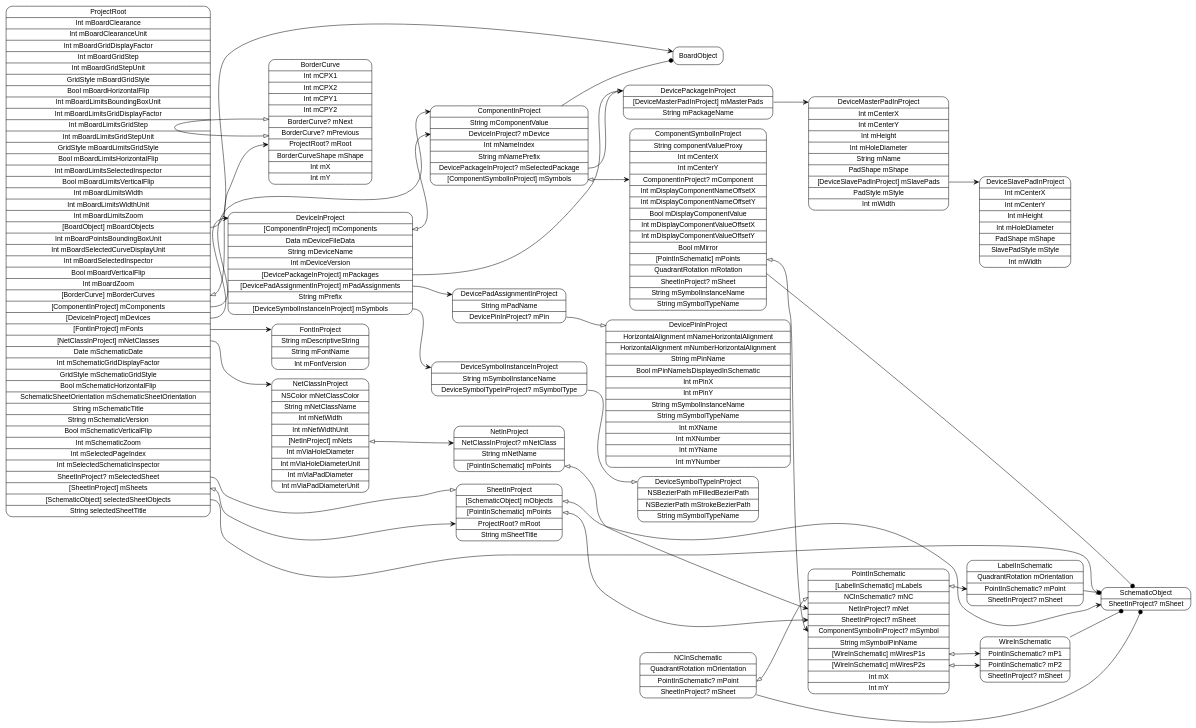
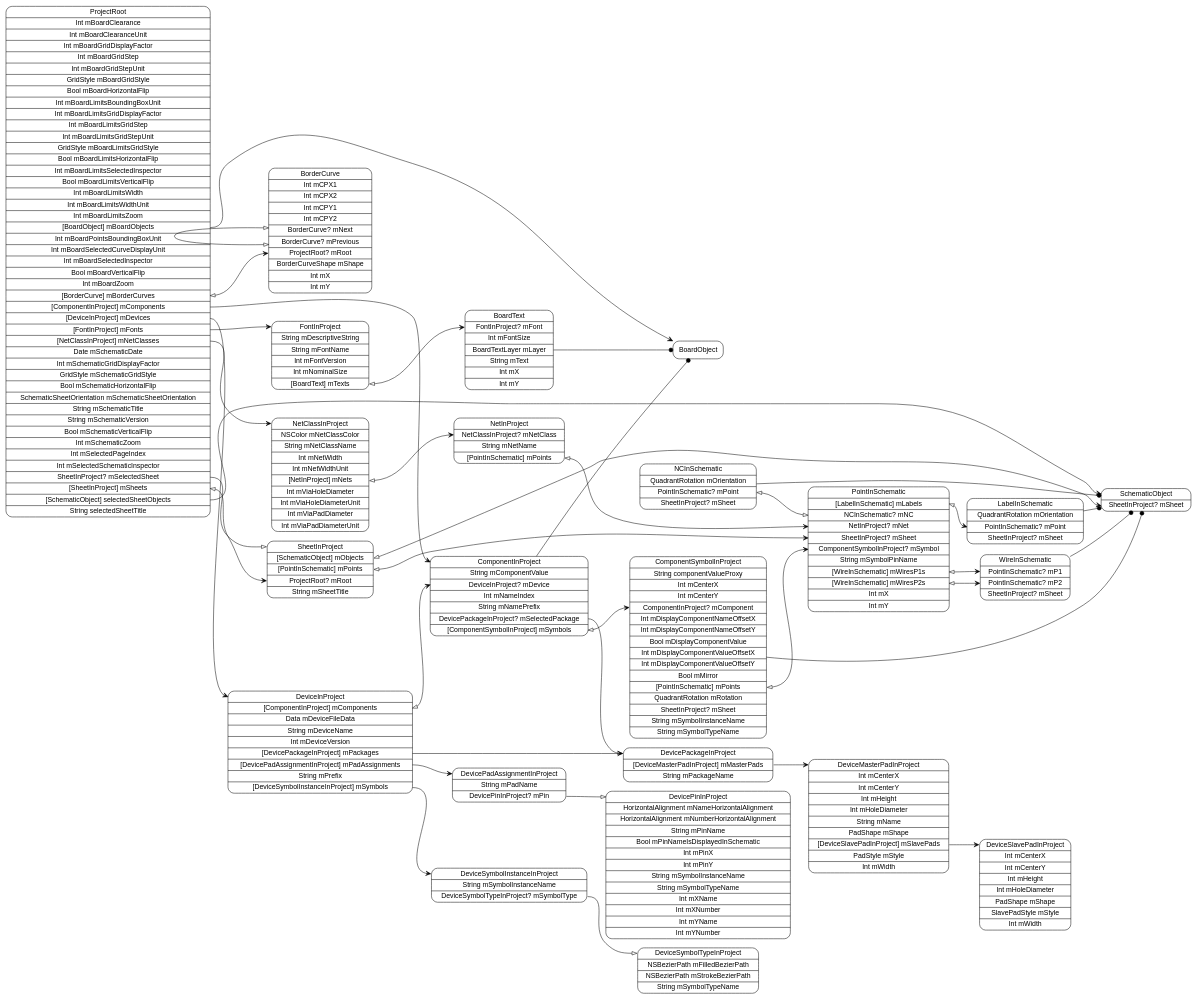
One commit to pierremolinaro/ElCanari-dev changed the diagram in models/ProjectRoot.dot. Above: the diagram before and after it, drawn with Graphviz. The commit also changed 37 other files, not shown here.

Commit message:
Début board text

```diff
--- a/models/ProjectRoot.dot
+++ b/models/ProjectRoot.dot
@@ -1,60 +1,63 @@
 digraph G {
   rankdir=LR ;
   node [shape=record fontname=helvetica style=rounded] ;
   ProjectRoot[label="<ProjectRoot>ProjectRoot|Int mBoardClearance|Int mBoardClearanceUnit|Int mBoardGridDisplayFactor|Int mBoardGridStep|Int mBoardGridStepUnit|GridStyle mBoardGridStyle|Bool mBoardHorizontalFlip|Int mBoardLimitsBoundingBoxUnit|Int mBoardLimitsGridDisplayFactor|Int mBoardLimitsGridStep|Int mBoardLimitsGridStepUnit|GridStyle mBoardLimitsGridStyle|Bool mBoardLimitsHorizontalFlip|Int mBoardLimitsSelectedInspector|Bool mBoardLimitsVerticalFlip|Int mBoardLimitsWidth|Int mBoardLimitsWidthUnit|Int mBoardLimitsZoom|<mBoardObjects>[BoardObject] mBoardObjects|Int mBoardPointsBoundingBoxUnit|Int mBoardSelectedCurveDisplayUnit|Int mBoardSelectedInspector|Bool mBoardVerticalFlip|Int mBoardZoom|<mBorderCurves>[BorderCurve] mBorderCurves|<mComponents>[ComponentInProject] mComponents|<mDevices>[DeviceInProject] mDevices|<mFonts>[FontInProject] mFonts|<mNetClasses>[NetClassInProject] mNetClasses|Date mSchematicDate|Int mSchematicGridDisplayFactor|GridStyle mSchematicGridStyle|Bool mSchematicHorizontalFlip|SchematicSheetOrientation mSchematicSheetOrientation|String mSchematicTitle|String mSchematicVersion|Bool mSchematicVerticalFlip|Int mSchematicZoom|Int mSelectedPageIndex|Int mSelectedSchematicInspector|<mSelectedSheet>SheetInProject? mSelectedSheet|<mSheets>[SheetInProject] mSheets|<selectedSheetObjects>[SchematicObject] selectedSheetObjects|String selectedSheetTitle"] ;
   SchematicObject[label="<SchematicObject>SchematicObject|<mSheet>SheetInProject? mSheet"] ;
   SheetInProject[label="<SheetInProject>SheetInProject|<mObjects>[SchematicObject] mObjects|<mPoints>[PointInSchematic] mPoints|<mRoot>ProjectRoot? mRoot|String mSheetTitle"] ;
   PointInSchematic[label="<PointInSchematic>PointInSchematic|<mLabels>[LabelInSchematic] mLabels|<mNC>NCInSchematic? mNC|<mNet>NetInProject? mNet|<mSheet>SheetInProject? mSheet|<mSymbol>ComponentSymbolInProject? mSymbol|String mSymbolPinName|<mWiresP1s>[WireInSchematic] mWiresP1s|<mWiresP2s>[WireInSchematic] mWiresP2s|Int mX|Int mY"] ;
   WireInSchematic[label="<WireInSchematic>WireInSchematic|<mP1>PointInSchematic? mP1|<mP2>PointInSchematic? mP2|<mSheet>SheetInProject? mSheet"] ;
   NCInSchematic[label="<NCInSchematic>NCInSchematic|QuadrantRotation mOrientation|<mPoint>PointInSchematic? mPoint|<mSheet>SheetInProject? mSheet"] ;
   LabelInSchematic[label="<LabelInSchematic>LabelInSchematic|QuadrantRotation mOrientation|<mPoint>PointInSchematic? mPoint|<mSheet>SheetInProject? mSheet"] ;
   NetClassInProject[label="<NetClassInProject>NetClassInProject|NSColor mNetClassColor|String mNetClassName|Int mNetWidth|Int mNetWidthUnit|<mNets>[NetInProject] mNets|Int mViaHoleDiameter|Int mViaHoleDiameterUnit|Int mViaPadDiameter|Int mViaPadDiameterUnit"] ;
   NetInProject[label="<NetInProject>NetInProject|<mNetClass>NetClassInProject? mNetClass|String mNetName|<mPoints>[PointInSchematic] mPoints"] ;
-  FontInProject[label="<FontInProject>FontInProject|String mDescriptiveString|String mFontName|Int mFontVersion"] ;
+  FontInProject[label="<FontInProject>FontInProject|String mDescriptiveString|String mFontName|Int mFontVersion|Int mNominalSize|<mTexts>[BoardText] mTexts"] ;
+  BoardText[label="<BoardText>BoardText|<mFont>FontInProject? mFont|Int mFontSize|BoardTextLayer mLayer|String mText|Int mX|Int mY"] ;
   DeviceInProject[label="<DeviceInProject>DeviceInProject|<mComponents>[ComponentInProject] mComponents|Data mDeviceFileData|String mDeviceName|Int mDeviceVersion|<mPackages>[DevicePackageInProject] mPackages|<mPadAssignments>[DevicePadAssignmentInProject] mPadAssignments|String mPrefix|<mSymbols>[DeviceSymbolInstanceInProject] mSymbols"] ;
   DeviceSymbolInstanceInProject[label="<DeviceSymbolInstanceInProject>DeviceSymbolInstanceInProject|String mSymbolInstanceName|<mSymbolType>DeviceSymbolTypeInProject? mSymbolType"] ;
   DeviceSymbolTypeInProject[label="<DeviceSymbolTypeInProject>DeviceSymbolTypeInProject|NSBezierPath mFilledBezierPath|NSBezierPath mStrokeBezierPath|String mSymbolTypeName"] ;
   DevicePadAssignmentInProject[label="<DevicePadAssignmentInProject>DevicePadAssignmentInProject|String mPadName|<mPin>DevicePinInProject? mPin"] ;
   DevicePinInProject[label="<DevicePinInProject>DevicePinInProject|HorizontalAlignment mNameHorizontalAlignment|HorizontalAlignment mNumberHorizontalAlignment|String mPinName|Bool mPinNameIsDisplayedInSchematic|Int mPinX|Int mPinY|String mSymbolInstanceName|String mSymbolTypeName|Int mXName|Int mXNumber|Int mYName|Int mYNumber"] ;
   DevicePackageInProject[label="<DevicePackageInProject>DevicePackageInProject|<mMasterPads>[DeviceMasterPadInProject] mMasterPads|String mPackageName"] ;
   DeviceMasterPadInProject[label="<DeviceMasterPadInProject>DeviceMasterPadInProject|Int mCenterX|Int mCenterY|Int mHeight|Int mHoleDiameter|String mName|PadShape mShape|<mSlavePads>[DeviceSlavePadInProject] mSlavePads|PadStyle mStyle|Int mWidth"] ;
   DeviceSlavePadInProject[label="<DeviceSlavePadInProject>DeviceSlavePadInProject|Int mCenterX|Int mCenterY|Int mHeight|Int mHoleDiameter|PadShape mShape|SlavePadStyle mStyle|Int mWidth"] ;
   ComponentInProject[label="<ComponentInProject>ComponentInProject|String mComponentValue|<mDevice>DeviceInProject? mDevice|Int mNameIndex|String mNamePrefix|<mSelectedPackage>DevicePackageInProject? mSelectedPackage|<mSymbols>[ComponentSymbolInProject] mSymbols"] ;
   ComponentSymbolInProject[label="<ComponentSymbolInProject>ComponentSymbolInProject|String componentValueProxy|Int mCenterX|Int mCenterY|<mComponent>ComponentInProject? mComponent|Int mDisplayComponentNameOffsetX|Int mDisplayComponentNameOffsetY|Bool mDisplayComponentValue|Int mDisplayComponentValueOffsetX|Int mDisplayComponentValueOffsetY|Bool mMirror|<mPoints>[PointInSchematic] mPoints|QuadrantRotation mRotation|<mSheet>SheetInProject? mSheet|String mSymbolInstanceName|String mSymbolTypeName"] ;
   BorderCurve[label="<BorderCurve>BorderCurve|Int mCPX1|Int mCPX2|Int mCPY1|Int mCPY2|<mNext>BorderCurve? mNext|<mPrevious>BorderCurve? mPrevious|<mRoot>ProjectRoot? mRoot|BorderCurveShape mShape|Int mX|Int mY"] ;
   BoardObject[label="<BoardObject>BoardObject"] ;
   ProjectRoot:mBoardObjects -> BoardObject:BoardObject [dir=both arrowtail=none arrowhead=vee] ;
   ProjectRoot:mBorderCurves -> BorderCurve:mRoot [dir=both arrowtail=onormal arrowhead=vee] ;
   ProjectRoot:mComponents -> ComponentInProject:ComponentInProject [dir=both arrowtail=none arrowhead=vee] ;
   ProjectRoot:mDevices -> DeviceInProject:DeviceInProject [dir=both arrowtail=none arrowhead=vee] ;
   ProjectRoot:mFonts -> FontInProject:FontInProject [dir=both arrowtail=none arrowhead=vee] ;
   ProjectRoot:mNetClasses -> NetClassInProject:NetClassInProject [dir=both arrowtail=none arrowhead=vee] ;
   ProjectRoot:mSelectedSheet -> SheetInProject:SheetInProject [dir=both arrowtail=none arrowhead=onormal] ;
   ProjectRoot:mSheets -> SheetInProject:mRoot [dir=both arrowtail=onormal arrowhead=vee] ;
   ProjectRoot:selectedSheetObjects -> SchematicObject:SchematicObject [dir=both arrowtail=none arrowhead=vee] ;
   SheetInProject:mObjects -> SchematicObject:mSheet [dir=both arrowtail=onormal arrowhead=vee] ;
   SheetInProject:mPoints -> PointInSchematic:mSheet [dir=both arrowtail=onormal arrowhead=vee] ;
   PointInSchematic:mLabels -> LabelInSchematic:mPoint [dir=both arrowtail=onormal arrowhead=vee] ;
   PointInSchematic:mWiresP1s -> WireInSchematic:mP1 [dir=both arrowtail=onormal arrowhead=vee] ;
   PointInSchematic:mWiresP2s -> WireInSchematic:mP2 [dir=both arrowtail=onormal arrowhead=vee] ;
   WireInSchematic -> SchematicObject [arrowhead=dot] ;
   NCInSchematic -> SchematicObject [arrowhead=dot] ;
   NCInSchematic:mPoint -> PointInSchematic:mNC [dir=both arrowtail=onormal arrowhead=onormal] ;
   LabelInSchematic -> SchematicObject [arrowhead=dot] ;
   NetClassInProject:mNets -> NetInProject:mNetClass [dir=both arrowtail=onormal arrowhead=vee] ;
   NetInProject:mPoints -> PointInSchematic:mNet [dir=both arrowtail=onormal arrowhead=vee] ;
+  FontInProject:mTexts -> BoardText:mFont [dir=both arrowtail=onormal arrowhead=vee] ;
+  BoardText -> BoardObject [arrowhead=dot] ;
   DeviceInProject:mComponents -> ComponentInProject:mDevice [dir=both arrowtail=onormal arrowhead=vee] ;
   DeviceInProject:mPackages -> DevicePackageInProject:DevicePackageInProject [dir=both arrowtail=none arrowhead=vee] ;
   DeviceInProject:mPadAssignments -> DevicePadAssignmentInProject:DevicePadAssignmentInProject [dir=both arrowtail=none arrowhead=vee] ;
   DeviceInProject:mSymbols -> DeviceSymbolInstanceInProject:DeviceSymbolInstanceInProject [dir=both arrowtail=none arrowhead=vee] ;
   DeviceSymbolInstanceInProject:mSymbolType -> DeviceSymbolTypeInProject:DeviceSymbolTypeInProject [dir=both arrowtail=none arrowhead=onormal] ;
   DevicePadAssignmentInProject:mPin -> DevicePinInProject:DevicePinInProject [dir=both arrowtail=none arrowhead=onormal] ;
   DevicePackageInProject:mMasterPads -> DeviceMasterPadInProject:DeviceMasterPadInProject [dir=both arrowtail=none arrowhead=vee] ;
   DeviceMasterPadInProject:mSlavePads -> DeviceSlavePadInProject:DeviceSlavePadInProject [dir=both arrowtail=none arrowhead=vee] ;
   ComponentInProject -> BoardObject [arrowhead=dot] ;
   ComponentInProject:mSelectedPackage -> DevicePackageInProject:DevicePackageInProject [dir=both arrowtail=none arrowhead=onormal] ;
   ComponentInProject:mSymbols -> ComponentSymbolInProject:mComponent [dir=both arrowtail=onormal arrowhead=vee] ;
   ComponentSymbolInProject -> SchematicObject [arrowhead=dot] ;
   ComponentSymbolInProject:mPoints -> PointInSchematic:mSymbol [dir=both arrowtail=onormal arrowhead=vee] ;
   BorderCurve:mPrevious -> BorderCurve:mNext [dir=both arrowtail=onormal arrowhead=onormal] ;
 }
```
